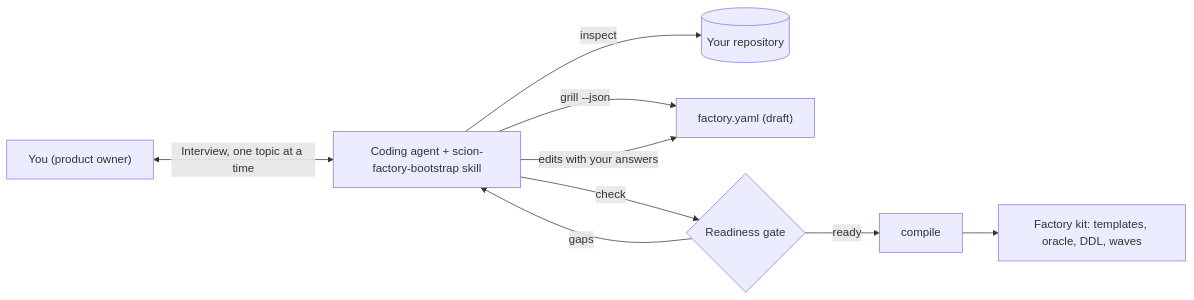
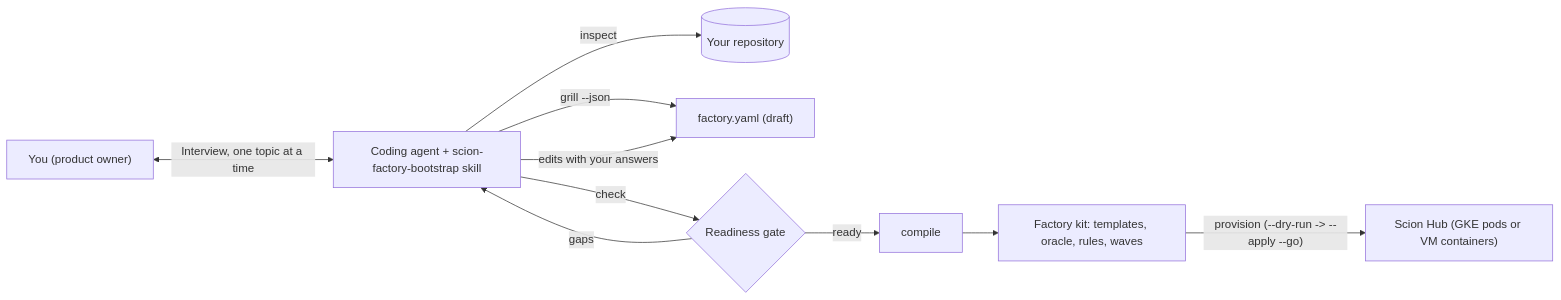
The first of 2 diagrams in README.md (duboc/scion-defaults), drawn with Mermaid before and after one commit. The commit also changed other lines of this file and 1 other file, not shown here.

````diff
--- a/README.md
+++ b/README.md
@@ -31,11 +43,12 @@
 ```mermaid
 flowchart LR
     You["You (product owner)"] <-->|"Interview, one topic at a time"| Agent["Coding agent + scion-factory-bootstrap skill"]
     Agent -->|"inspect"| Repo[("Your repository")]
     Agent -->|"grill --json"| Draft["factory.yaml (draft)"]
     Agent -->|"edits with your answers"| Draft
     Agent -->|"check"| Gate{"Readiness gate"}
     Gate -->|"gaps"| Agent
     Gate -->|"ready"| Compile["compile"]
-    Compile --> Kit["Factory kit: templates, oracle, DDL, waves"]
+    Compile --> Kit["Factory kit: templates, oracle, rules, waves"]
+    Kit -->|"provision (--dry-run -> --apply --go)"| Hub["Scion Hub (GKE pods or VM containers)"]
 ```
````
